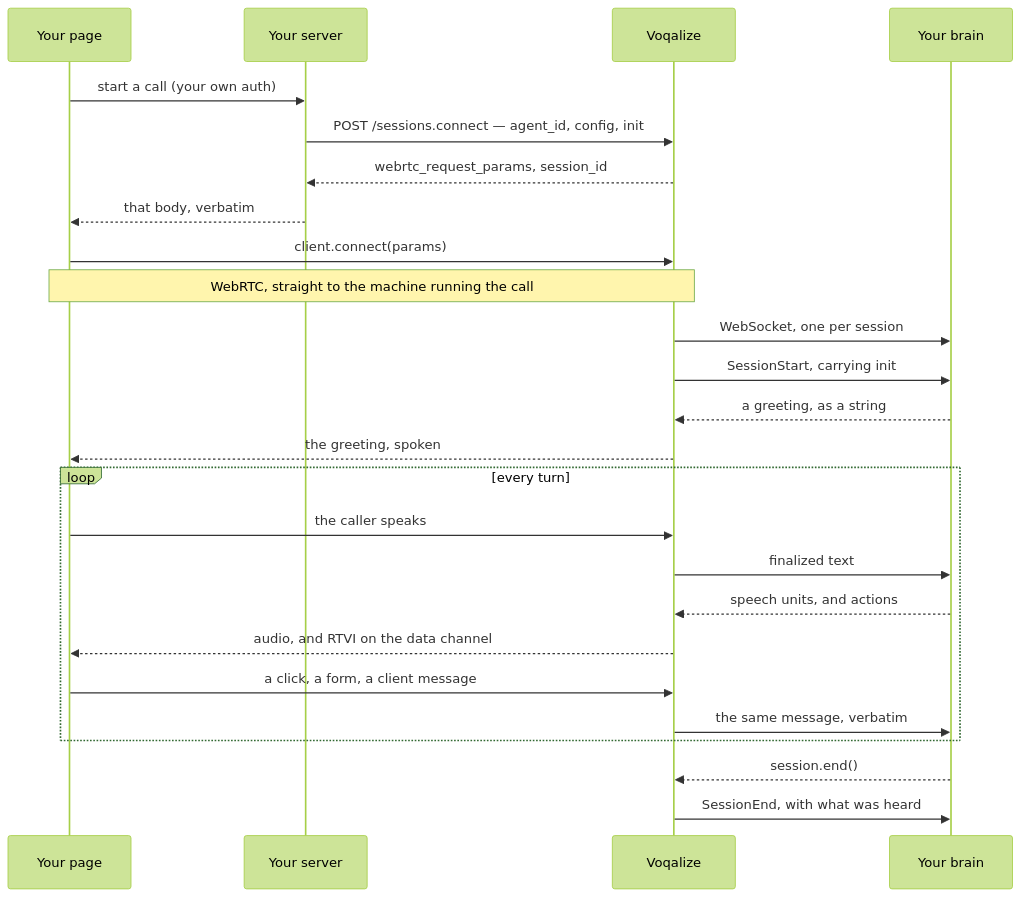
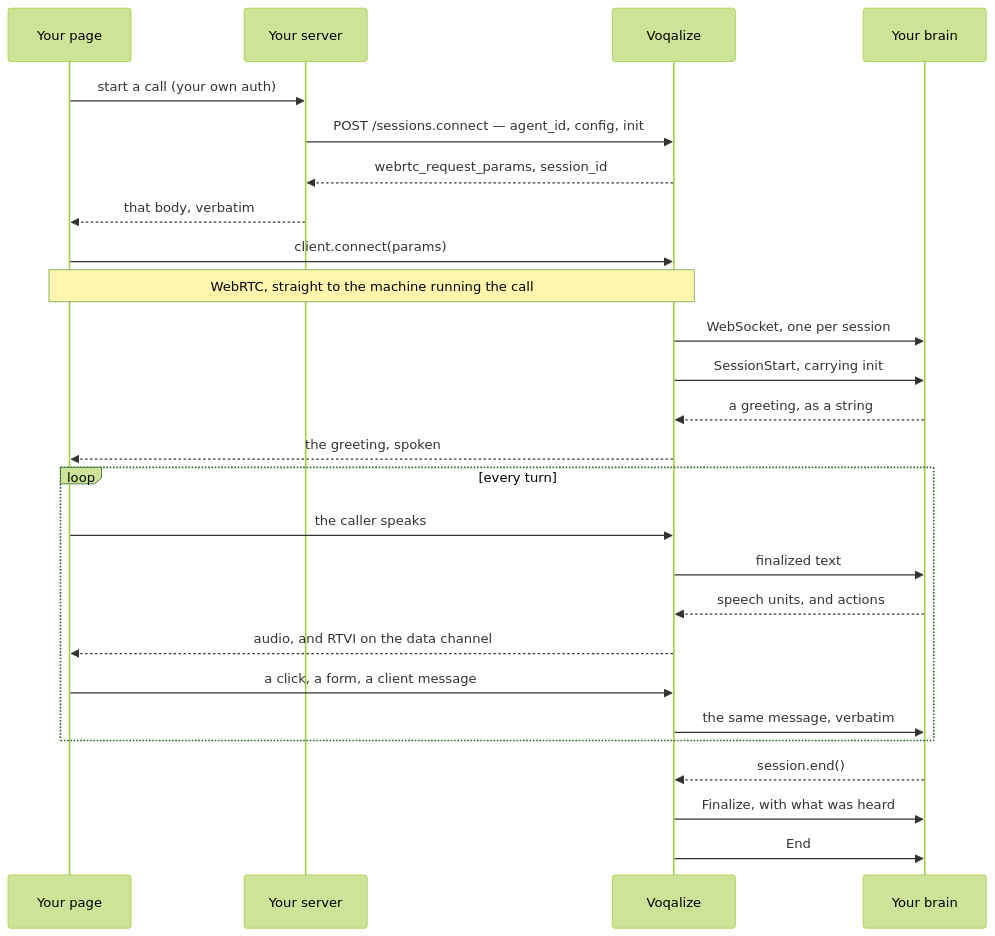
The second of 2 diagrams in docs/src/content/docs/build/session.md (voqalize/voqalize), drawn with Mermaid (forest theme) before and after one commit. The commit also changed other lines of this file and 53 other files, not shown here.

````diff
--- a/docs/src/content/docs/build/session.md
+++ b/docs/src/content/docs/build/session.md
@@ -82,28 +82,29 @@
 ```mermaid
 sequenceDiagram
   participant P as Your page
   participant S as Your server
   participant V as Voqalize
   participant B as Your brain
 
   P->>S: start a call (your own auth)
   S->>V: POST /sessions.connect — agent_id, config, init
   V-->>S: webrtc_request_params, session_id
   S-->>P: that body, verbatim
   P->>V: client.connect(params)
   Note over P,V: WebRTC, straight to the machine running the call
   V->>B: WebSocket, one per session
   V->>B: SessionStart, carrying init
   B-->>V: a greeting, as a string
   V-->>P: the greeting, spoken
   loop every turn
     P->>V: the caller speaks
     V->>B: finalized text
     B-->>V: speech units, and actions
     V-->>P: audio, and RTVI on the data channel
     P->>V: a click, a form, a client message
     V->>B: the same message, verbatim
   end
   B-->>V: session.end()
-  V->>B: SessionEnd, with what was heard
+  V->>B: Finalize, with what was heard
+  V->>B: End
 ```
````
